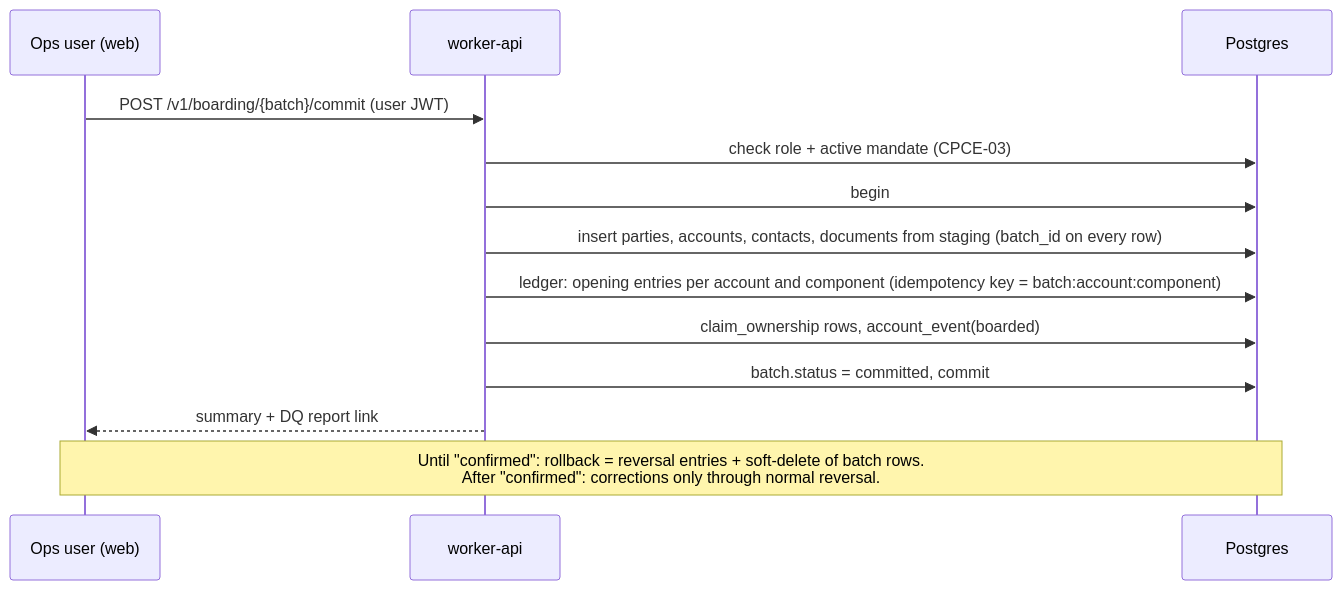
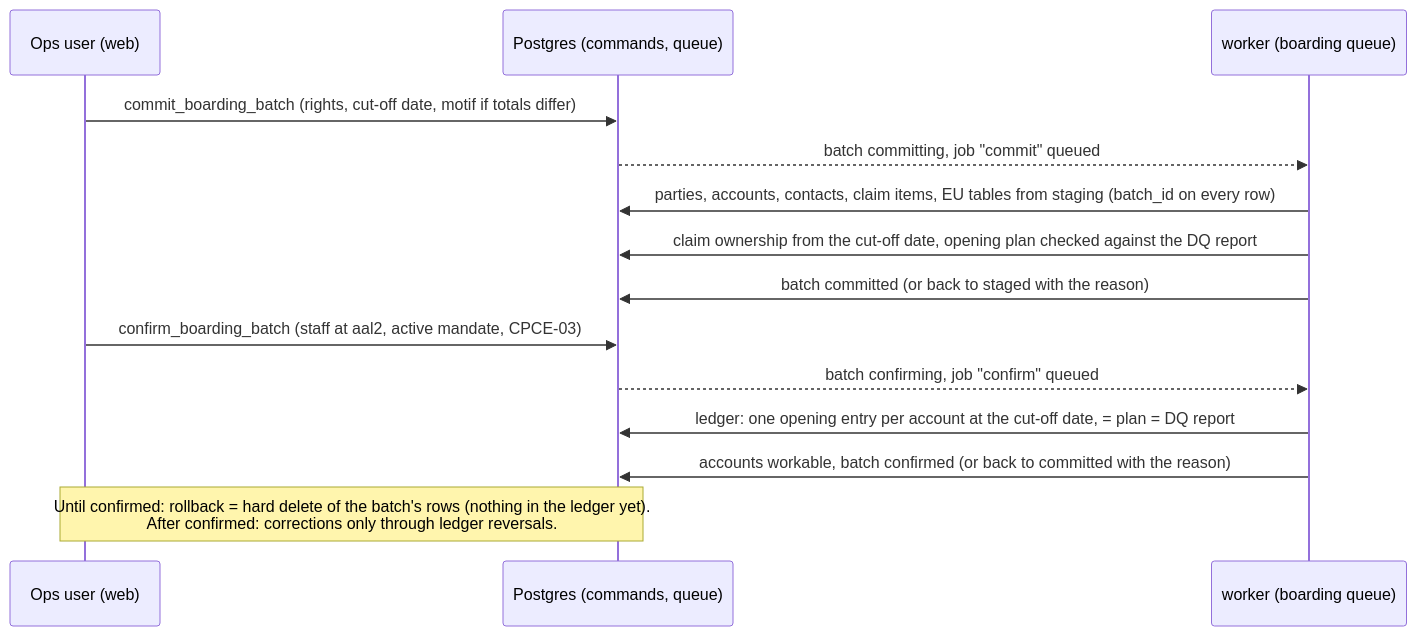
One commit to TheliosGroupe/collectoo changed the fifth of 9 diagrams in docs/ARCHITECTURE.md. Above: the diagram before and after it, drawn with Mermaid. The commit also changed other lines of this file and 13 other files, not shown here.

````diff
--- a/docs/ARCHITECTURE.md
+++ b/docs/ARCHITECTURE.md
@@ -197,15 +198,16 @@
 ```mermaid
 sequenceDiagram
   participant Ops as Ops user (web)
-  participant W as worker-api
-  participant DB as Postgres
-  Ops->>W: POST /v1/boarding/{batch}/commit (user JWT)
-  W->>DB: check role + active mandate (CPCE-03)
-  W->>DB: begin
-  W->>DB: insert parties, accounts, contacts, documents from staging (batch_id on every row)
-  W->>DB: ledger: opening entries per account and component (idempotency key = batch:account:component)
-  W->>DB: claim_ownership rows, account_event(boarded)
-  W->>DB: batch.status = committed, commit
-  W-->>Ops: summary + DQ report link
-  Note over Ops,DB: Until "confirmed": rollback = reversal entries + soft-delete of batch rows.<br/>After "confirmed": corrections only through normal reversal.
+  participant DB as Postgres (commands, queue)
+  participant W as worker (boarding queue)
+  Ops->>DB: commit_boarding_batch (rights, cut-off date, motif if totals differ)
+  DB-->>W: batch committing, job "commit" queued
+  W->>DB: parties, accounts, contacts, claim items, EU tables from staging (batch_id on every row)
+  W->>DB: claim ownership from the cut-off date, opening plan checked against the DQ report
+  W->>DB: batch committed (or back to staged with the reason)
+  Ops->>DB: confirm_boarding_batch (staff at aal2, active mandate, CPCE-03)
+  DB-->>W: batch confirming, job "confirm" queued
+  W->>DB: ledger: one opening entry per account at the cut-off date, = plan = DQ report
+  W->>DB: accounts workable, batch confirmed (or back to committed with the reason)
+  Note over Ops,DB: Until confirmed: rollback = hard delete of the batch's rows (nothing in the ledger yet).<br/>After confirmed: corrections only through ledger reversals.
 ```
````
